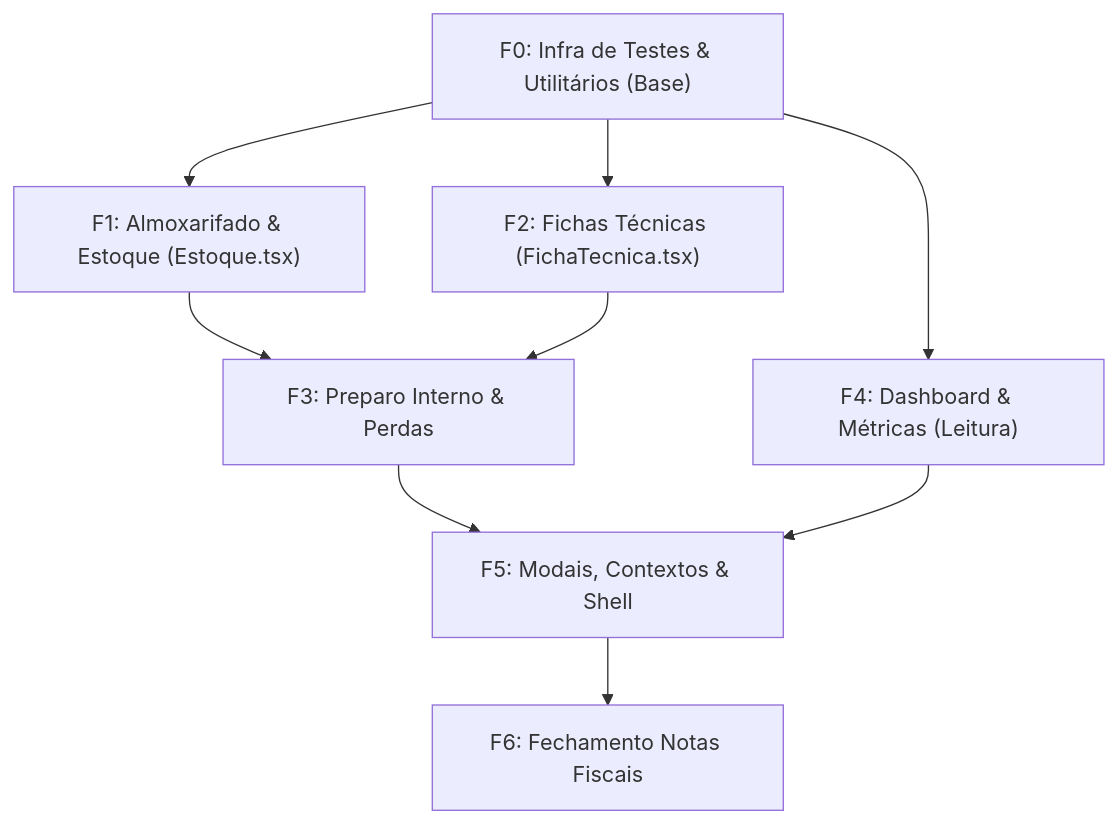
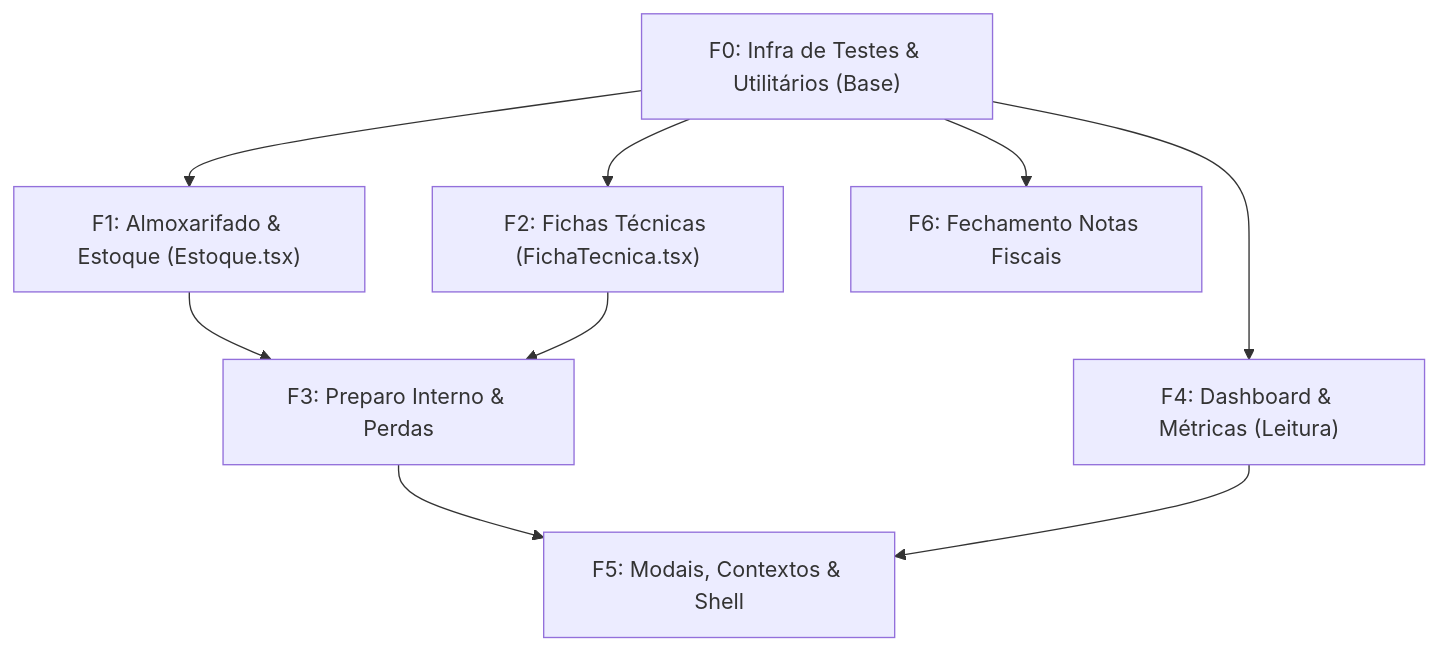
One commit to luxuz24/burguer_house changed the diagram in docs/PLANO_FRONTEND.md. Above: the diagram before and after it, drawn with Mermaid. The commit also changed other lines of this file and 1 other file, not shown here.

````diff
--- a/docs/PLANO_FRONTEND.md
+++ b/docs/PLANO_FRONTEND.md
@@ -34,11 +34,11 @@
 ```mermaid
 flowchart TD
     F0["F0: Infra de Testes & Utilitários (Base)"] --> F1["F1: Almoxarifado & Estoque (Estoque.tsx)"]
     F0 --> F2["F2: Fichas Técnicas (FichaTecnica.tsx)"]
+    F0 --> F4["F4: Dashboard & Métricas (Leitura)"]
+    F0 --> F6["F6: Fechamento Notas Fiscais"]
     F1 --> F3["F3: Preparo Interno & Perdas"]
     F2 --> F3
-    F0 --> F4["F4: Dashboard & Métricas (Leitura)"]
     F3 --> F5["F5: Modais, Contextos & Shell"]
     F4 --> F5
-    F5 --> F6["F6: Fechamento Notas Fiscais"]
 ```
````
